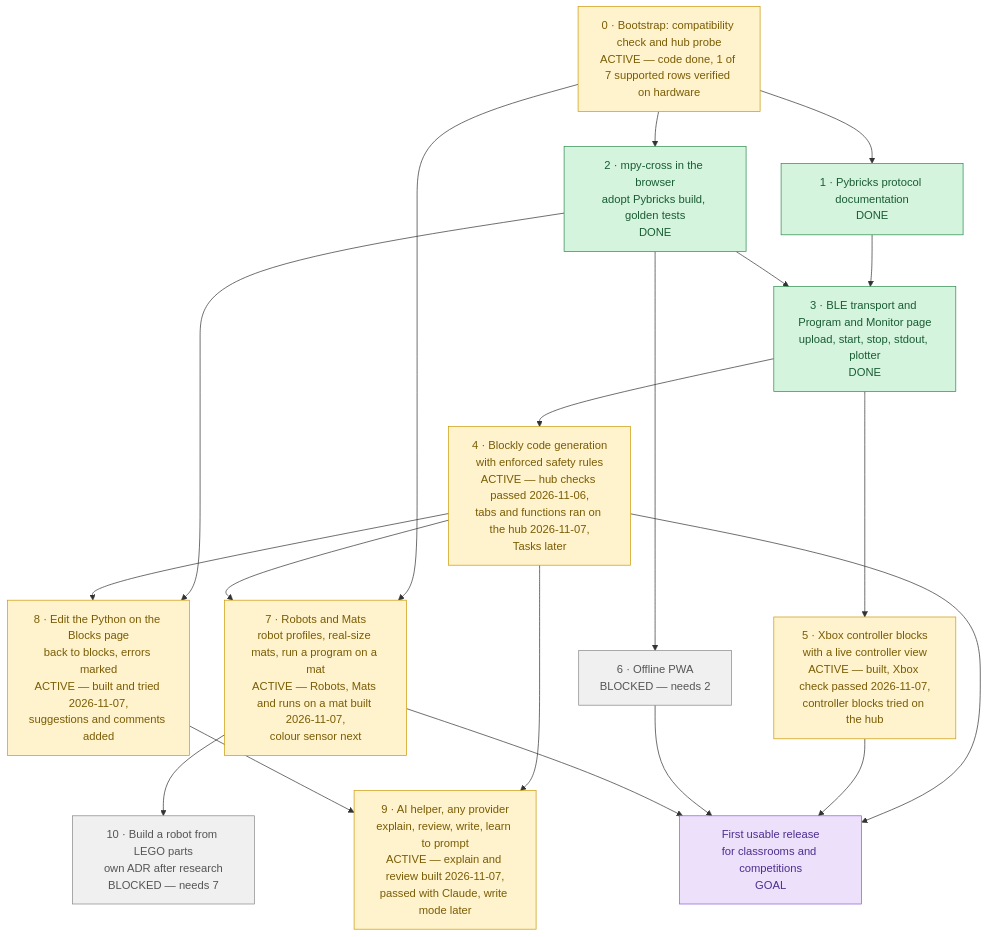
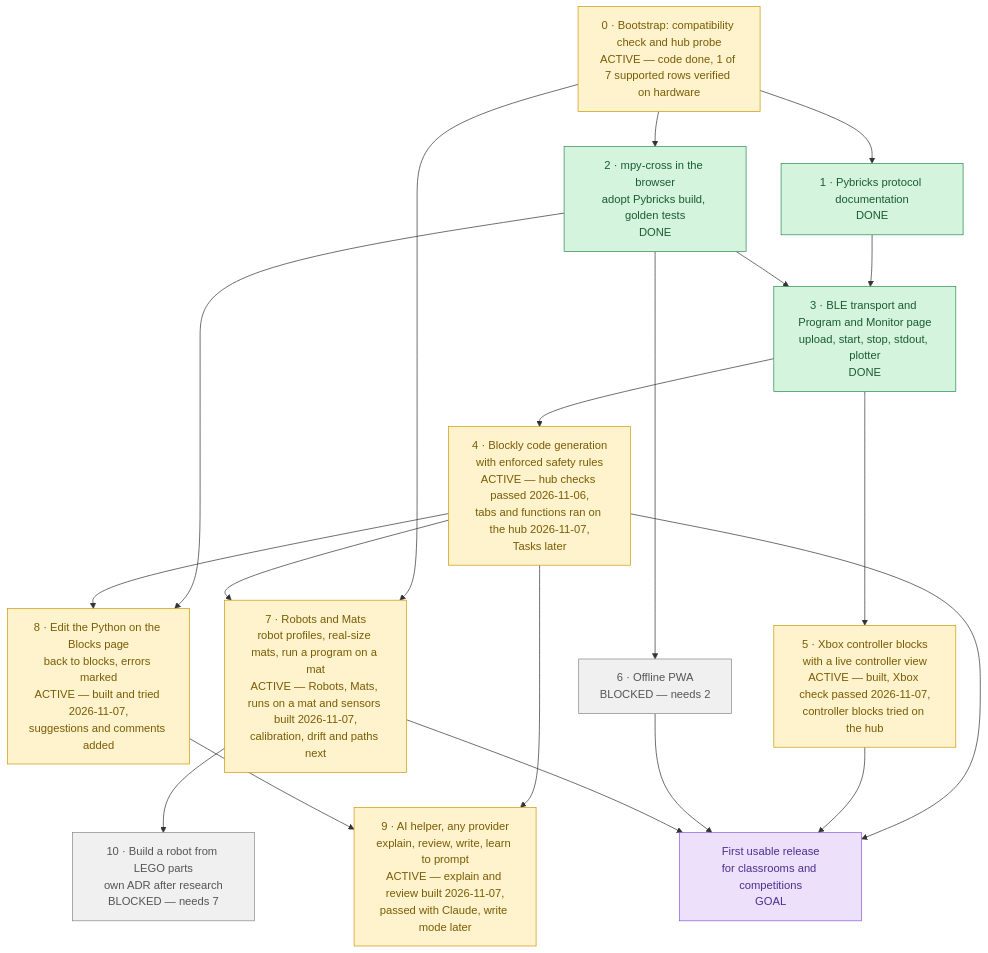
One commit to lumduan/matpilot changed the diagram in docs/roadmap.md. Above: the diagram before and after it, drawn with Mermaid. The commit also changed other lines of this file and 19 other files, not shown here.

First line of the commit message:
feat(sim): sensors read the mat (ADR 0016, step 7d)

````diff
--- a/docs/roadmap.md
+++ b/docs/roadmap.md
@@ -10,49 +10,49 @@
 ```mermaid
 flowchart TD
     M0["0 · Bootstrap: compatibility check and hub probe<br/>ACTIVE — code done, 1 of 7 supported rows verified on hardware"]
     M1["1 · Pybricks protocol documentation<br/>DONE"]
     M2["2 · mpy-cross in the browser<br/>adopt Pybricks build, golden tests<br/>DONE"]
     M3["3 · BLE transport and Program and Monitor page<br/>upload, start, stop, stdout, plotter<br/>DONE"]
     M4["4 · Blockly code generation<br/>with enforced safety rules<br/>ACTIVE — hub checks passed 2026-11-06,<br/>tabs and functions ran on the hub 2026-11-07,<br/>Tasks later"]
     M5["5 · Xbox controller blocks<br/>with a live controller view<br/>ACTIVE — built, Xbox check passed 2026-11-07,<br/>controller blocks tried on the hub"]
     M6["6 · Offline PWA<br/>BLOCKED — needs 2"]
-    M7["7 · Robots and Mats<br/>robot profiles, real-size mats, run a program on a mat<br/>ACTIVE — Robots, Mats and runs on a mat built 2026-11-07,<br/>colour sensor next"]
+    M7["7 · Robots and Mats<br/>robot profiles, real-size mats, run a program on a mat<br/>ACTIVE — Robots, Mats, runs on a mat and sensors built 2026-11-07,<br/>calibration, drift and paths next"]
     M10["10 · Build a robot from LEGO parts<br/>own ADR after research<br/>BLOCKED — needs 7"]
     M8["8 · Edit the Python on the Blocks page<br/>back to blocks, errors marked<br/>ACTIVE — built and tried 2026-11-07,<br/>suggestions and comments added"]
     M9["9 · AI helper, any provider<br/>explain, review, write, learn to prompt<br/>ACTIVE — explain and review built 2026-11-07,<br/>passed with Claude, write mode later"]
     GOAL["First usable release<br/>for classrooms and competitions<br/>GOAL"]
 
     M0 --> M1
     M0 --> M2
     M0 --> M7
     M4 --> M7
     M7 --> M10
     M1 --> M3
     M2 --> M3
     M3 --> M4
     M3 --> M5
     M2 --> M6
     M4 --> GOAL
     M5 --> GOAL
     M6 --> GOAL
     M7 --> GOAL
     M2 --> M8
     M4 --> M8
     M4 --> M9
     M8 --> M9
 
     classDef done     fill:#d4f4dd,stroke:#2d8a4e,color:#1a5c33
     classDef active   fill:#fff3cd,stroke:#cc9a06,color:#7a5c04
     classDef ready    fill:#d6e9ff,stroke:#3b7dd8,color:#1e4d8f
     classDef blocked  fill:#f0f0f0,stroke:#888,color:#555
     classDef goal     fill:#ede0fb,stroke:#8a5cd8,color:#4d2e8f
     classDef decision fill:#fde0e0,stroke:#d05555,color:#8f2e2e
 
     class M0,M4,M5 active
     class M1,M2,M3 done
     class M7 active
     class M6,M10 blocked
     class GOAL goal
     class M8 active
     class M9 active
 ```
````
